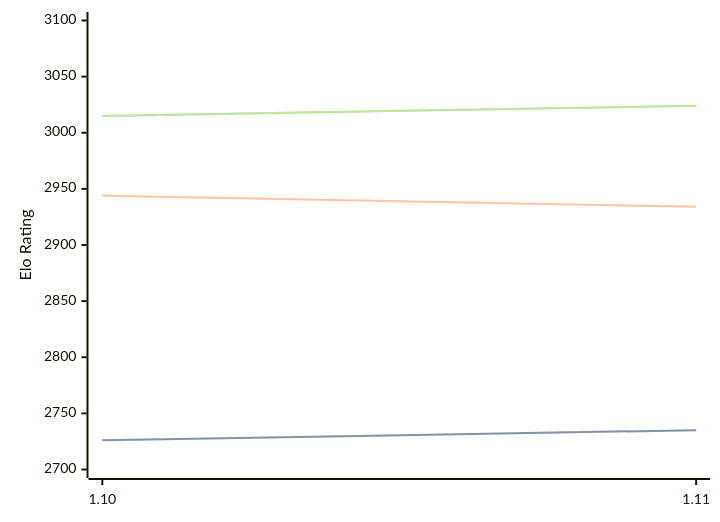
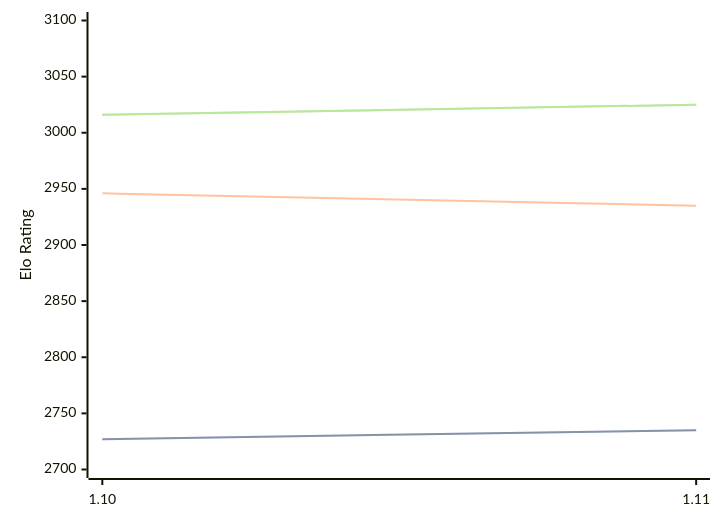
One commit to computer-chess-index/cci changed the diagram in engines/Roc.md. Above: the diagram before and after it, drawn with Mermaid. The commit also changed other lines of this file, not shown here.

Commit message:
Update CCI Ratings (ELO VLTC) - 2026-07-23

````diff
--- a/engines/Roc.md
+++ b/engines/Roc.md
@@ -65,11 +65,11 @@
 ```mermaid
 %%{init: {"theme":"base","themeVariables":{"seriesColors:['#a3a3a3','#222221','#faa371']}}}%%
 xychart-beta
   x-axis ["1.10", "1.11"]
   y-axis "Elo Rating" 2700 --> 3100
-  line "STC (8.0+0.08s)" [2726, 2735]
-  line "STC (8.0+0.08s)" [2726, 2735]
-  line "LTC (60.0+0.60s)" [2944, 2934]
-  line "VLTC (2m24s+1.12s)" [3015, 3024]
-  line "VLTC (2m24s+1.12s)" [3015, 3024]
+  line "STC (8.0+0.08s)" [2727, 2735]
+  line "STC (8.0+0.08s)" [2727, 2735]
+  line "LTC (60.0+0.60s)" [2946, 2935]
+  line "VLTC (2m24s+1.12s)" [3016, 3025]
+  line "VLTC (2m24s+1.12s)" [3016, 3025]
 ```
````
